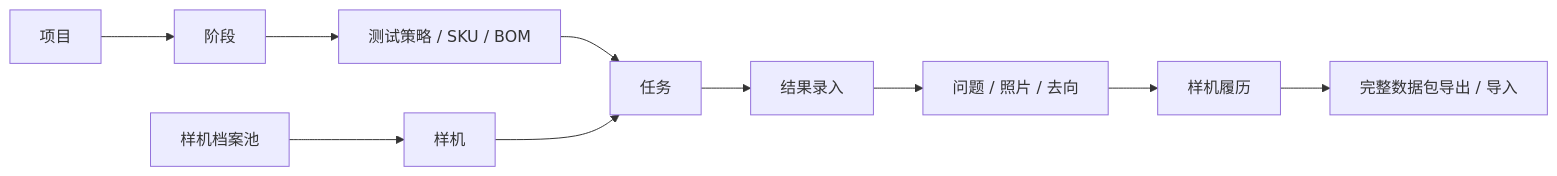
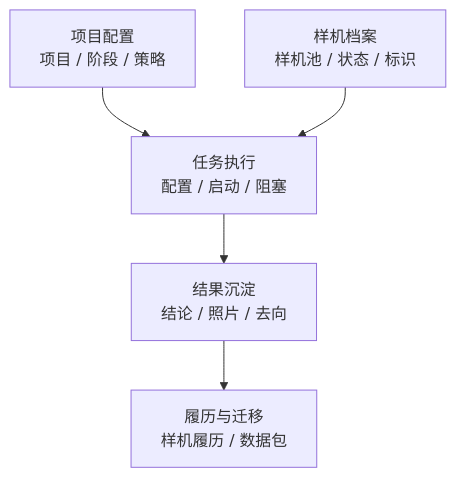
One commit to LiZiqian/TestChamber changed the first of 2 diagrams in README.md. Above: the diagram before and after it, drawn with Mermaid. The commit also changed other lines of this file, not shown here.

Commit message:
Compact README architecture diagrams

````diff
--- a/README.md
+++ b/README.md
@@ -76,12 +76,12 @@
 ```mermaid
-flowchart LR
-    A["项目"] --> B["阶段"]
-    B --> C["测试策略 / SKU / BOM"]
-    C --> D["任务"]
-    E["样机档案池"] --> F["样机"]
-    F --> D
-    D --> G["结果录入"]
-    G --> H["问题 / 照片 / 去向"]
-    H --> I["样机履历"]
-    I --> J["完整数据包导出 / 导入"]
+flowchart TB
+    Project["项目配置<br/>项目 / 阶段 / 策略"]
+    Sample["样机档案<br/>样机池 / 状态 / 标识"]
+    Task["任务执行<br/>配置 / 启动 / 阻塞"]
+    Result["结果沉淀<br/>结论 / 照片 / 去向"]
+    Archive["履历与迁移<br/>样机履历 / 数据包"]
+
+    Project --> Task
+    Sample --> Task
+    Task --> Result --> Archive
 ```
````
